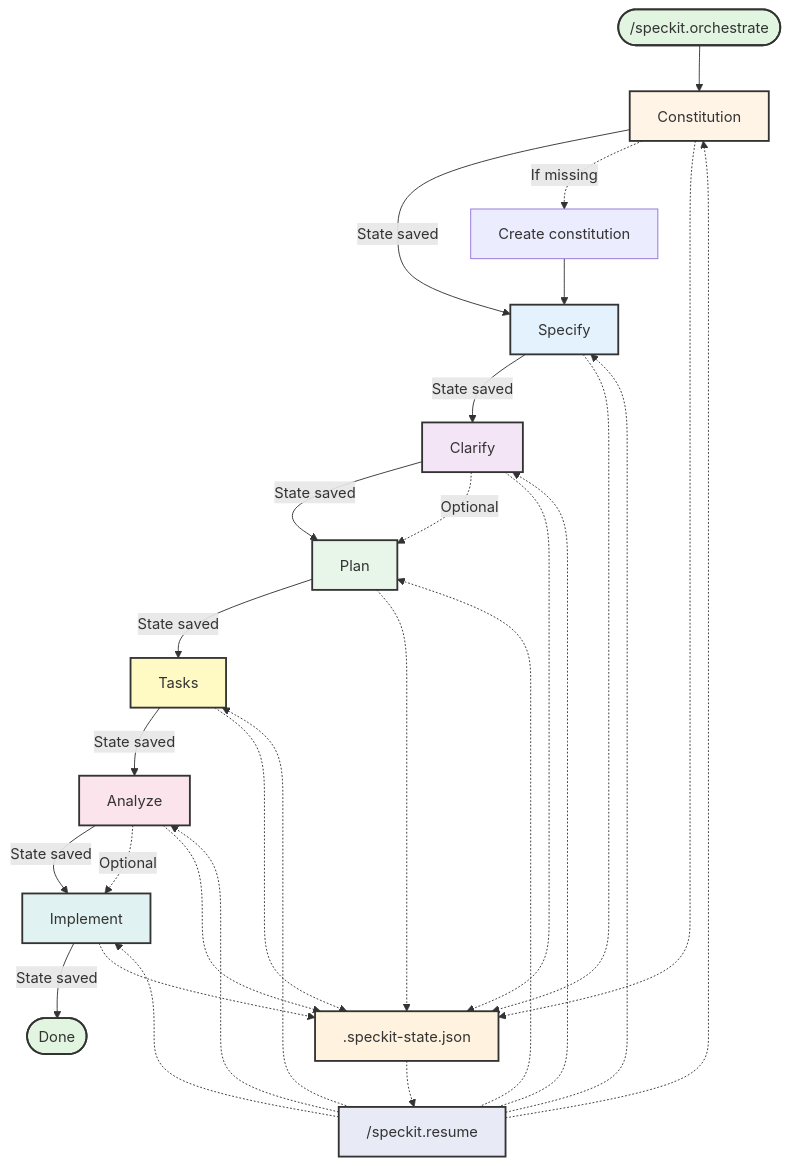
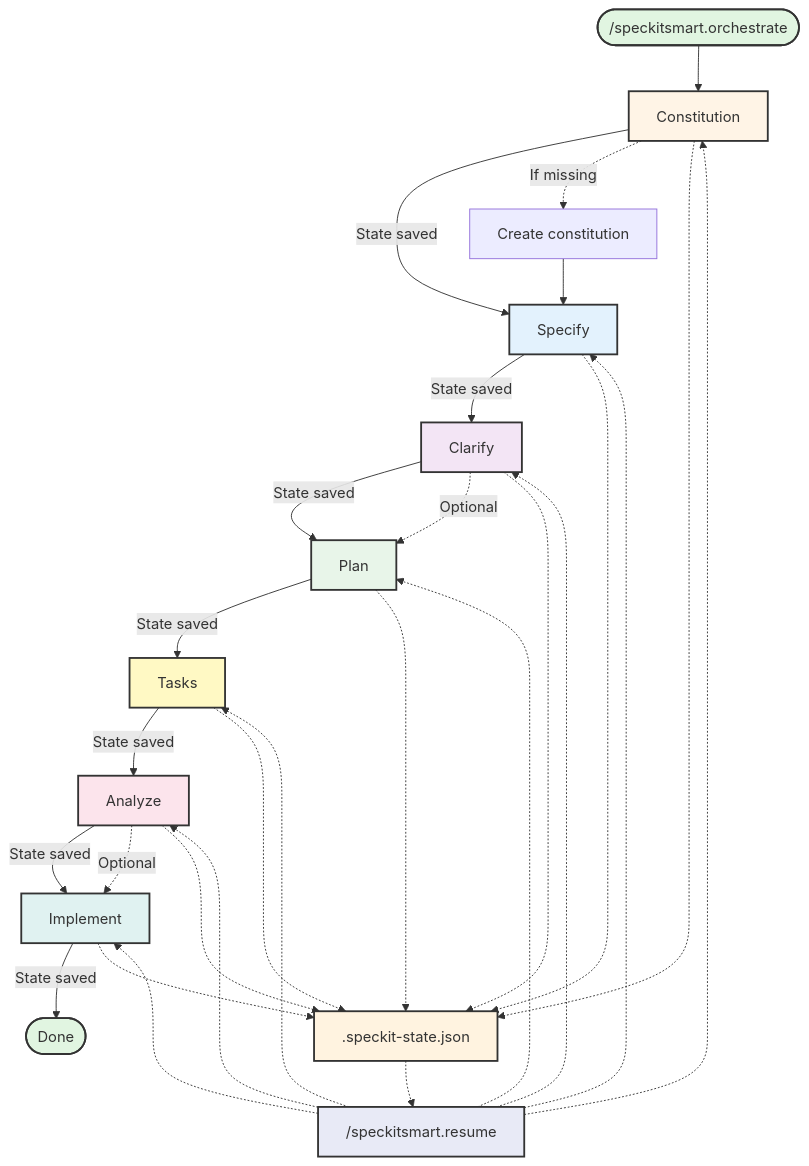
Before and after one commit to github/spec-kit: the fifth of 6 diagrams in README.md, drawn with Mermaid. The commit also changed other lines of this file and 27 other files, not shown here.

````diff
--- a/README.md
+++ b/README.md
@@ -996,47 +1021,47 @@
 ```mermaid
 flowchart TD
-    Start([/speckit.orchestrate]) --> Constitution
+    Start([/speckitsmart.orchestrate]) --> Constitution
     Constitution[Constitution] -->|State saved| Specify
     Constitution -.->|If missing| CreateConst[Create constitution]
     CreateConst --> Specify
     Specify[Specify] -->|State saved| Clarify
     Clarify[Clarify] -->|State saved| Plan
     Clarify -.->|Optional| Plan
     Plan[Plan] -->|State saved| Tasks
     Tasks[Tasks] -->|State saved| Analyze
     Analyze[Analyze] -->|State saved| Implement
     Analyze -.->|Optional| Implement
     Implement[Implement] -->|State saved| Done
     Done([Done])
 
     State[.speckit-state.json]
     Constitution -.-> State
     Specify -.-> State
     Clarify -.-> State
     Plan -.-> State
     Tasks -.-> State
     Analyze -.-> State
     Implement -.-> State
 
     State -.-> Resume
-    Resume["/speckit.resume"]
+    Resume["/speckitsmart.resume"]
     Resume -.-> Constitution
     Resume -.-> Specify
     Resume -.-> Clarify
     Resume -.-> Plan
     Resume -.-> Tasks
     Resume -.-> Analyze
     Resume -.-> Implement
 
     style Start fill:#e1f5e1,stroke:#333,stroke-width:2px
     style Done fill:#e1f5e1,stroke:#333,stroke-width:2px
     style Constitution fill:#fff4e6,stroke:#333,stroke-width:2px
     style Specify fill:#e3f2fd,stroke:#333,stroke-width:2px
     style Clarify fill:#f3e5f5,stroke:#333,stroke-width:2px
     style Plan fill:#e8f5e9,stroke:#333,stroke-width:2px
     style Tasks fill:#fff9c4,stroke:#333,stroke-width:2px
     style Analyze fill:#fce4ec,stroke:#333,stroke-width:2px
     style Implement fill:#e0f2f1,stroke:#333,stroke-width:2px
     style State fill:#fff3e0,stroke:#333,stroke-width:2px
     style Resume fill:#e8eaf6,stroke:#333,stroke-width:2px
 ```
````
